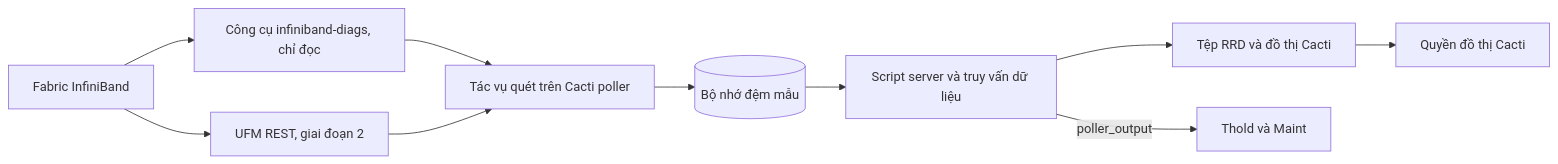
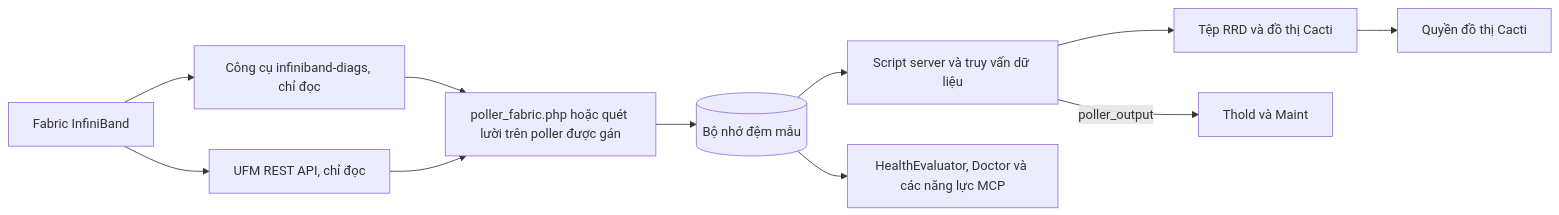
One commit to somethingwithproof/plugin_fabric changed the diagram in docs/i18n/vi-VN/README.md. Above: the diagram before and after it, drawn with Mermaid. The commit also changed other lines of this file and 48 other files, not shown here.

````diff
--- a/docs/i18n/vi-VN/README.md
+++ b/docs/i18n/vi-VN/README.md
@@ -102,12 +132,13 @@
 ```mermaid
 flowchart LR
     F[Fabric InfiniBand] --> T[Công cụ infiniband-diags, chỉ đọc]
-    F --> U[UFM REST, giai đoạn 2]
-    T --> S[Tác vụ quét trên Cacti poller]
+    F --> U[UFM REST API, chỉ đọc]
+    T --> S[poller_fabric.php hoặc quét lười trên poller được gán]
     U --> S
     S --> C[(Bộ nhớ đệm mẫu)]
     C --> SS[Script server và truy vấn dữ liệu]
     SS --> R[Tệp RRD và đồ thị Cacti]
     SS -->|poller_output| TH[Thold và Maint]
+    C --> H[HealthEvaluator, Doctor và các năng lực MCP]
     R --> P[Quyền đồ thị Cacti]
 ```
````
